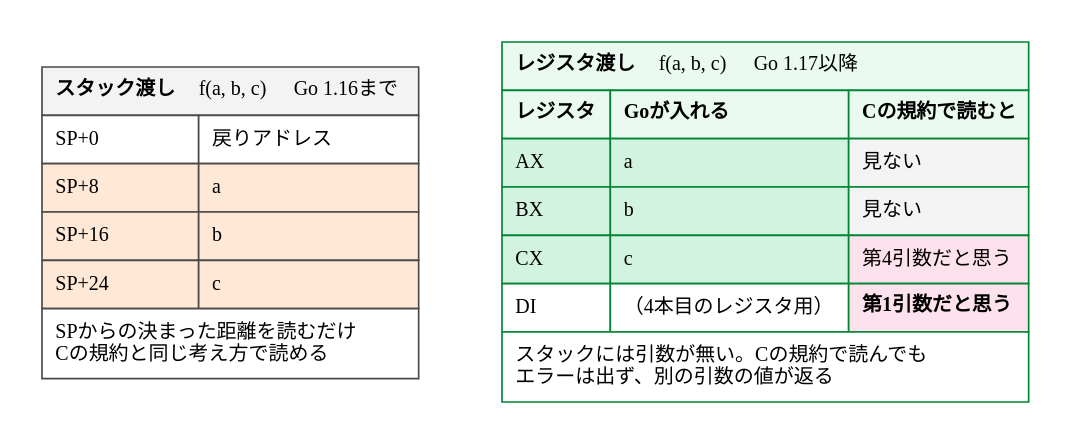
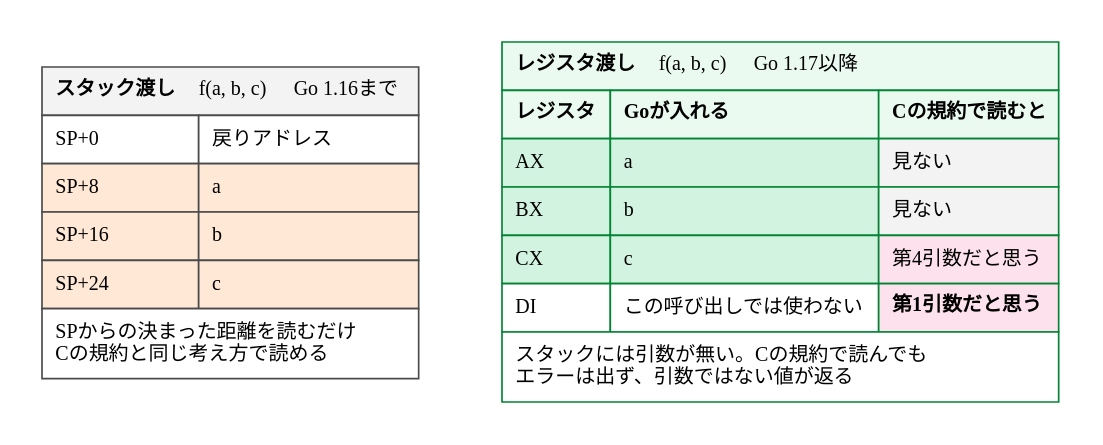
One commit to ymotongpoo/zenn.dev changed the diagram in diagrams/go-ebpf-primer/20260911-convention-stack-vs-register.dot. Above: the diagram before and after it, drawn with Graphviz. The commit also changed 20 other files, not shown here.

```diff
--- a/diagrams/go-ebpf-primer/20260911-convention-stack-vs-register.dot
+++ b/diagrams/go-ebpf-primer/20260911-convention-stack-vs-register.dot
@@ -1,45 +1,45 @@
 // スタック渡しとレジスタ渡し
 digraph convention_stack_vs_register {
   graph [
     fontname="IBM Plex Sans JP", fontsize=13,
     rankdir=TB, compound=true, splines=ortho,
     nodesep=0.5, ranksep=0.7, pad=0.25,
     bgcolor="white", newrank=true
   ];
   node [
     fontname="IBM Plex Sans JP", fontsize=12,
     shape=box, style="rounded,filled",
     fillcolor="#F1F1F1", color="#4A4A4A", penwidth=1.6,
     margin="0.2,0.14"
   ];
   edge [
     fontname="IBM Plex Sans JP", fontsize=11,
     color="#343434", penwidth=1.4, arrowsize=0.9,
     fontcolor="#171717"
   ];
   rankdir=LR;
   nodesep=0.8;
 
   stackway [shape=plain, style="", label=<
     <table border="0" cellborder="1" cellspacing="0" cellpadding="7" color="#4A4A4A">
       <tr><td colspan="2" align="left" bgcolor="#F3F3F3"><b>スタック渡し</b>　<font face="JetBrains Mono">f(a, b, c)</font>　Go 1.16まで</td></tr>
       <tr><td align="left" bgcolor="#FFFFFF"><font face="JetBrains Mono">SP+0</font></td><td align="left" bgcolor="#FFFFFF">戻りアドレス</td></tr>
       <tr><td align="left" bgcolor="#FFE9D6"><font face="JetBrains Mono">SP+8</font></td><td align="left" bgcolor="#FFE9D6"><font face="JetBrains Mono">a</font></td></tr>
       <tr><td align="left" bgcolor="#FFE9D6"><font face="JetBrains Mono">SP+16</font></td><td align="left" bgcolor="#FFE9D6"><font face="JetBrains Mono">b</font></td></tr>
       <tr><td align="left" bgcolor="#FFE9D6"><font face="JetBrains Mono">SP+24</font></td><td align="left" bgcolor="#FFE9D6"><font face="JetBrains Mono">c</font></td></tr>
       <tr><td colspan="2" align="left" bgcolor="#FFFFFF">SPからの決まった距離を読むだけ<br align="left"/>Cの規約と同じ考え方で読める<br align="left"/></td></tr>
     </table>>];
 
   regway [shape=plain, style="", label=<
     <table border="0" cellborder="1" cellspacing="0" cellpadding="7" color="#038435">
       <tr><td colspan="3" align="left" bgcolor="#EBFAF1"><b>レジスタ渡し</b>　<font face="JetBrains Mono">f(a, b, c)</font>　Go 1.17以降</td></tr>
       <tr><td align="left" bgcolor="#EBFAF1"><b>レジスタ</b></td><td align="left" bgcolor="#EBFAF1"><b>Goが入れる</b></td><td align="left" bgcolor="#EBFAF1"><b>Cの規約で読むと</b></td></tr>
       <tr><td align="left" bgcolor="#D2F3DF"><font face="JetBrains Mono">AX</font></td><td align="left" bgcolor="#D2F3DF"><font face="JetBrains Mono">a</font></td><td align="left" bgcolor="#F3F3F3">見ない</td></tr>
       <tr><td align="left" bgcolor="#D2F3DF"><font face="JetBrains Mono">BX</font></td><td align="left" bgcolor="#D2F3DF"><font face="JetBrains Mono">b</font></td><td align="left" bgcolor="#F3F3F3">見ない</td></tr>
       <tr><td align="left" bgcolor="#D2F3DF"><font face="JetBrains Mono">CX</font></td><td align="left" bgcolor="#D2F3DF"><font face="JetBrains Mono">c</font></td><td align="left" bgcolor="#FDE1EC">第4引数だと思う</td></tr>
-      <tr><td align="left" bgcolor="#FFFFFF"><font face="JetBrains Mono">DI</font></td><td align="left" bgcolor="#FFFFFF">（4本目のレジスタ用）</td><td align="left" bgcolor="#FDE1EC"><b>第1引数だと思う</b></td></tr>
-      <tr><td colspan="3" align="left" bgcolor="#FFFFFF">スタックには引数が無い。Cの規約で読んでも<br align="left"/>エラーは出ず、別の引数の値が返る<br align="left"/></td></tr>
+      <tr><td align="left" bgcolor="#FFFFFF"><font face="JetBrains Mono">DI</font></td><td align="left" bgcolor="#FFFFFF">この呼び出しでは使わない</td><td align="left" bgcolor="#FDE1EC"><b>第1引数だと思う</b></td></tr>
+      <tr><td colspan="3" align="left" bgcolor="#FFFFFF">スタックには引数が無い。Cの規約で読んでも<br align="left"/>エラーは出ず、引数ではない値が返る<br align="left"/></td></tr>
     </table>>];
 
   stackway -> regway [style=invis];
 }
```
